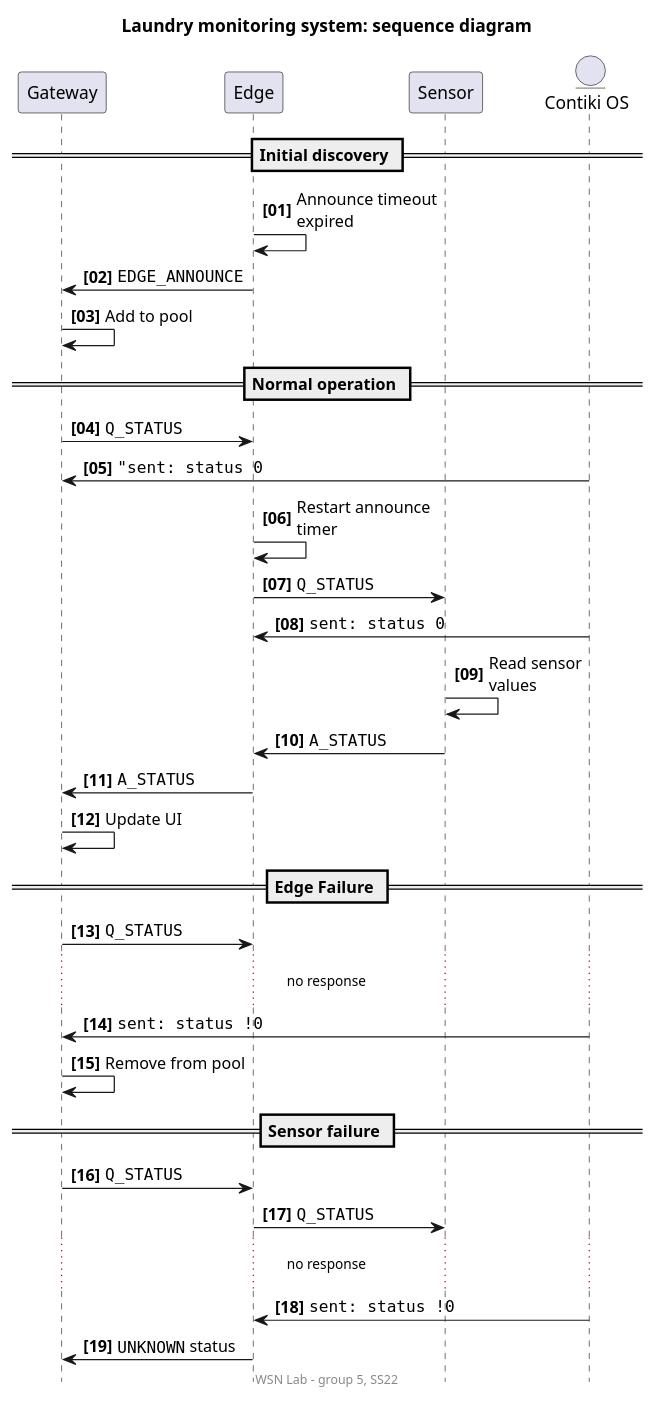
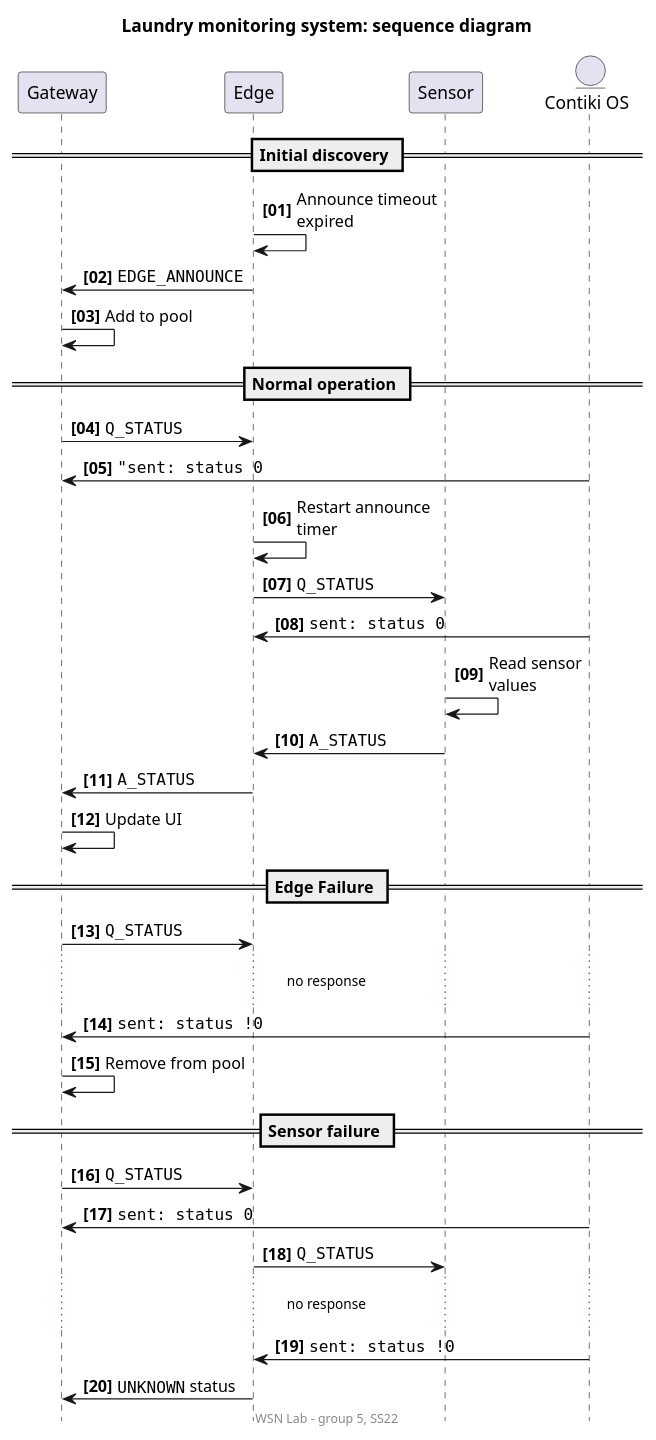
Before and after one commit to ivandkhn/laundry-monitoring: the diagram in project/uml/sequence.plantuml, drawn with PlantUML. The commit also changed 1 other file, not shown here.

```diff
--- a/project/uml/sequence.plantuml
+++ b/project/uml/sequence.plantuml
@@ -1,45 +1,46 @@
 @startuml seq
 
 title Laundry monitoring system: sequence diagram
 footer WSN Lab – group 5, SS22
 
 hide footbox
 autonumber "<b>[00]</b>"
 skinparam shadowing false
 skinparam maxMessageSize 120
 
 participant "Gateway" as g
 participant "Edge" as e
 participant "Sensor" as s
 entity "Contiki OS" as c
 
 == Initial discovery ==
 e -> e: Announce timeout expired
 g <- e: ""EDGE_ANNOUNCE""
 g -> g: Add to pool
 
 == Normal operation ==
 g -> e: ""Q_STATUS""
 g <- c: """sent: status 0""
 e -> e: Restart announce timer
 e -> s: ""Q_STATUS""
 e <- c: ""sent: status 0""
 s -> s: Read sensor\nvalues
 e <- s: ""A_STATUS""
 g <- e: ""A_STATUS""
 g -> g: Update UI
 
 == Edge Failure ==
 g -> e: ""Q_STATUS""
 ... no response ...
 g <- c: ""sent: status !0""
 g -> g: Remove from pool
 
 == Sensor failure ==
 g -> e: ""Q_STATUS""
+g <- c: ""sent: status 0""
 e -> s: ""Q_STATUS""
 ... no response ...
 e <- c: ""sent: status !0""
 g <- e: ""UNKNOWN"" status
 
 @enduml
```
